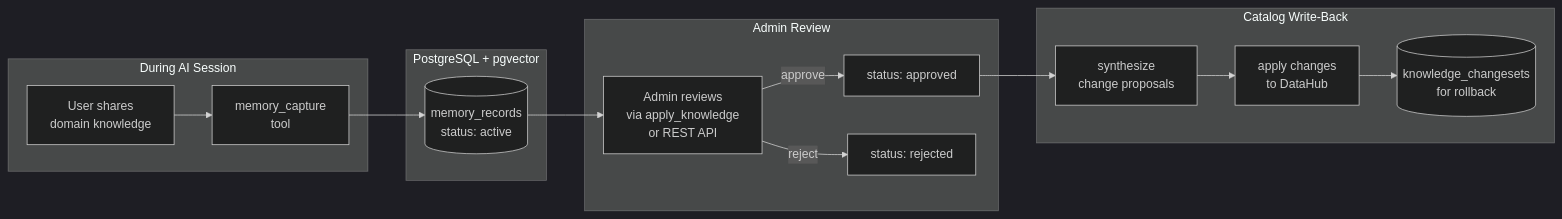
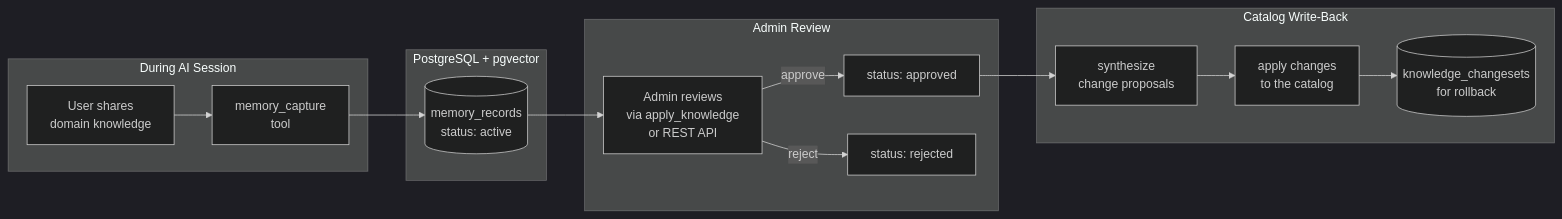
The first of 3 diagrams in docs/knowledge/overview.md (txn2/mcp-data-platform), drawn with Mermaid (dark theme) before and after one commit. The commit also changed other lines of this file and 149 other files, not shown here.

First line of the commit message:
feat(catalog): writes, schema documents, DataHub import (#1920) (#2120)

````diff
--- a/docs/knowledge/overview.md
+++ b/docs/knowledge/overview.md
@@ -22,22 +22,22 @@
 ```mermaid
 flowchart LR
     subgraph "During AI Session"
         A[User shares<br/>domain knowledge] --> B[memory_capture<br/>tool]
     end
 
     subgraph "PostgreSQL + pgvector"
         B --> C[(memory_records<br/>status: active)]
     end
 
     subgraph "Admin Review"
         C --> D[Admin reviews<br/>via apply_knowledge<br/>or REST API]
         D -->|approve| E[status: approved]
         D -->|reject| F[status: rejected]
     end
 
     subgraph "Catalog Write-Back"
         E --> G[synthesize<br/>change proposals]
-        G --> H[apply changes<br/>to DataHub]
+        G --> H[apply changes<br/>to the catalog]
         H --> I[(knowledge_changesets<br/>for rollback)]
     end
 ```
````
